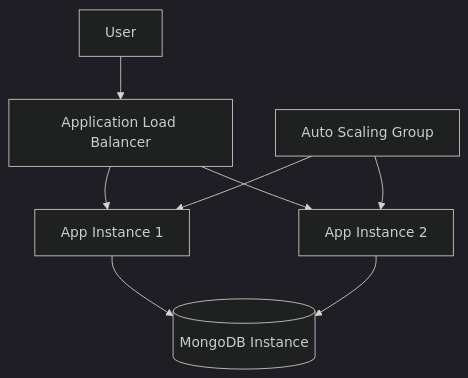
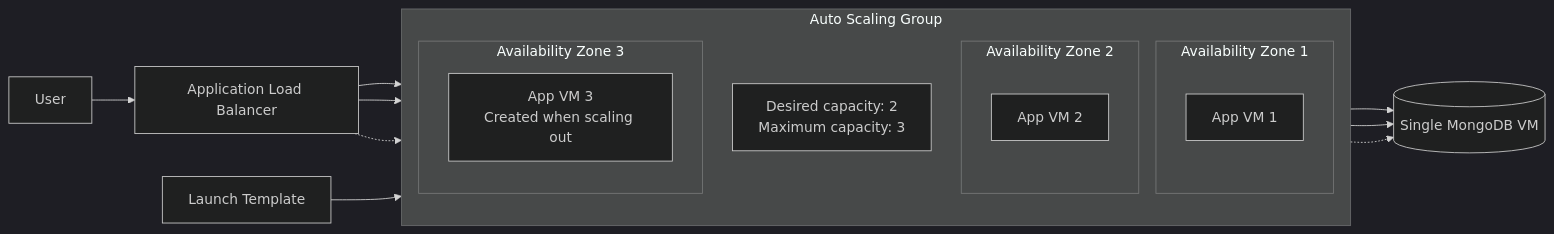
One commit to Montezer/trainingweek5 changed the diagram in friday10thjuly/aws-asg-documentation/aws-auto-scaling-group.md. Above: the diagram before and after it, drawn with Mermaid (dark theme). The commit also changed other lines of this file, not shown here.

````diff
--- a/friday10thjuly/aws-asg-documentation/aws-auto-scaling-group.md
+++ b/friday10thjuly/aws-asg-documentation/aws-auto-scaling-group.md
@@ -25,12 +24,33 @@
 ```mermaid
-flowchart TD
+flowchart LR
+
     U[User] --> LB[Application Load Balancer]
-    LB --> A1[App Instance 1]
-    LB --> A2[App Instance 2]
 
-    ASG[Auto Scaling Group] --> A1
-    ASG --> A2
+    LT[Launch Template] --> ASG
 
-    A1 --> DB[(MongoDB Instance)]
-    A2 --> DB
+    subgraph ASG[Auto Scaling Group]
+        direction TB
+
+        C[Desired capacity: 2<br/>Maximum capacity: 3]
+
+        subgraph AZ1[Availability Zone 1]
+            APP1[App VM 1]
+        end
+
+        subgraph AZ2[Availability Zone 2]
+            APP2[App VM 2]
+        end
+
+        subgraph AZ3[Availability Zone 3]
+            APP3[App VM 3<br/>Created when scaling out]
+        end
+    end
+
+    LB --> APP1
+    LB --> APP2
+    LB -.-> APP3
+
+    APP1 --> DB[(Single MongoDB VM)]
+    APP2 --> DB
+    APP3 -.-> DB
 ```
````
